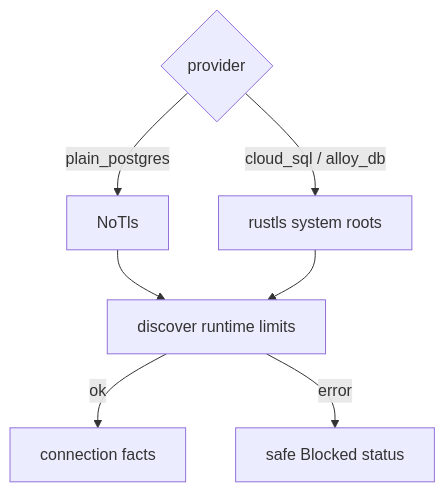
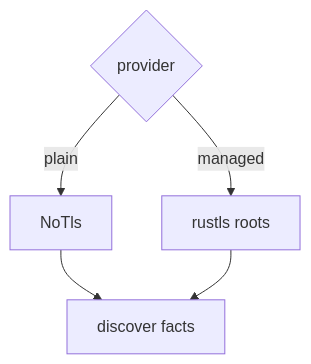
The first of 2 diagrams in apps/pgpool/tech-design/logic/discovery-hardcodes-notls-cloudsql-alloydb-provider-crs-are-perm.md (chrischeng-c4/axiom), drawn with Mermaid before and after one commit. The commit also changed other lines of this file, not shown here.

Commit message:
td(1886) — contract section: logic
Lifecycle-Slug: 1886
Work-Item: 1886
Lifecycle-Stage: Td-Section
Lifecycle-Phase: td_contract_in_progress
Lifecycle-Pass: contract
TD-Section: logic
Previous-Phase: td_applicability_created
Next-Phase: td_contract_in_progress
Next-Command: aw td create

````diff
--- a/apps/pgpool/tech-design/logic/discovery-hardcodes-notls-cloudsql-alloydb-provider-crs-are-perm.md
+++ b/apps/pgpool/tech-design/logic/discovery-hardcodes-notls-cloudsql-alloydb-provider-crs-are-perm.md
@@ -10,26 +10,18 @@
 ```mermaid
 ---
 id: provider-driven-discovery-tls
-entry: remote_endpoint_provider
+entry: provider
 nodes:
-  plain: { kind: process, label: "PlainPostgres selects NoTls" }
-  managed: { kind: process, label: "CloudSql or AlloyDb selects rustls system-root connector" }
-  connect: { kind: decision, label: "connect and query runtime PostgreSQL facts" }
-  blocked: { kind: terminal, label: "publish discovery error and hold safe target" }
-  facts: { kind: terminal, label: "publish connection facts" }
+  plain: { kind: process, label: "NoTls" }
+  tls: { kind: process, label: "rustls system roots" }
+  facts: { kind: terminal, label: "query connection facts" }
 edges:
-  - { from: remote_endpoint_provider, to: plain, label: plain_postgres }
-  - { from: remote_endpoint_provider, to: managed, label: cloud_sql or alloy_db }
-  - { from: plain, to: connect }
-  - { from: managed, to: connect }
-  - { from: connect, to: blocked, label: connect or query failure }
-  - { from: connect, to: facts, label: success }
+  - { from: provider, to: plain, label: plain_postgres }
+  - { from: provider, to: tls, label: cloud_sql or alloy_db }
+  - { from: plain, to: facts }
+  - { from: tls, to: facts }
 ---
 flowchart TD
-  provider{"provider"} -->|plain_postgres| notls["NoTls"]
-  provider -->|cloud_sql / alloy_db| rustls["rustls system roots"]
-  notls --> query["discover runtime limits"]
-  rustls --> query
-  query -->|ok| facts["connection facts"]
-  query -->|error| blocked["safe Blocked status"]
+  provider{"provider"} -->|plain| notls["NoTls"] --> facts["discover facts"]
+  provider -->|managed| rustls["rustls roots"] --> facts
 ```
````
